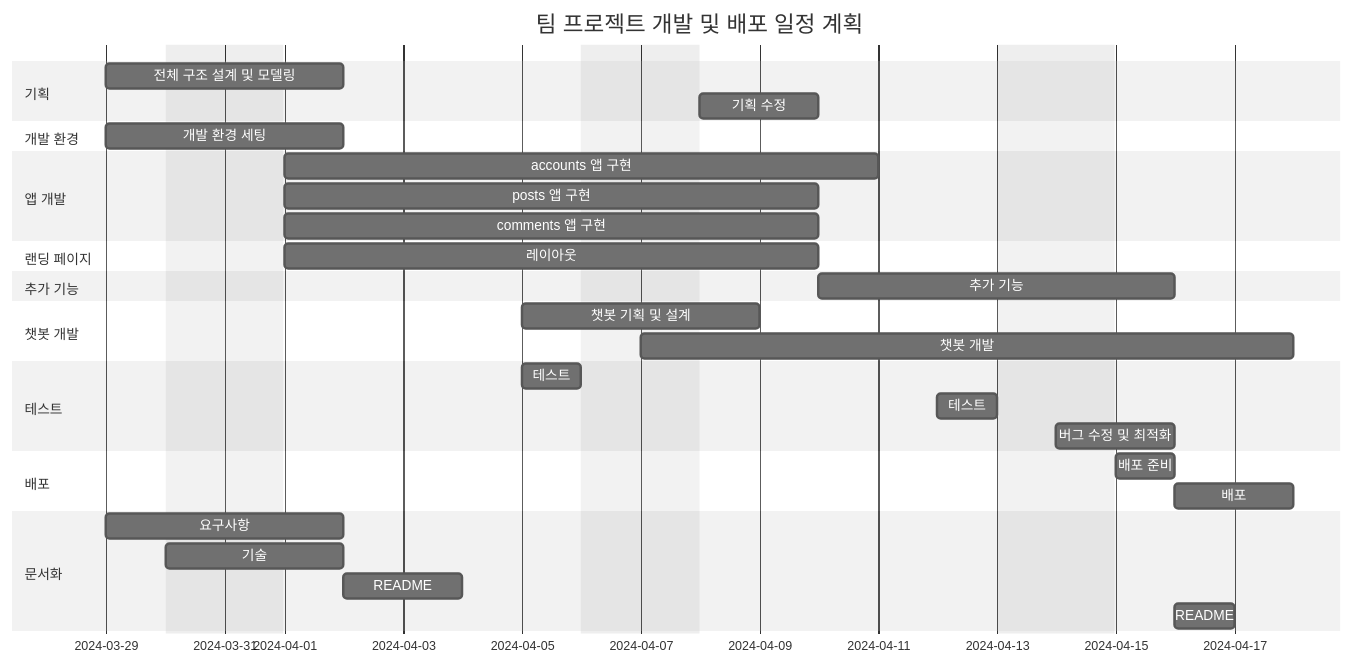
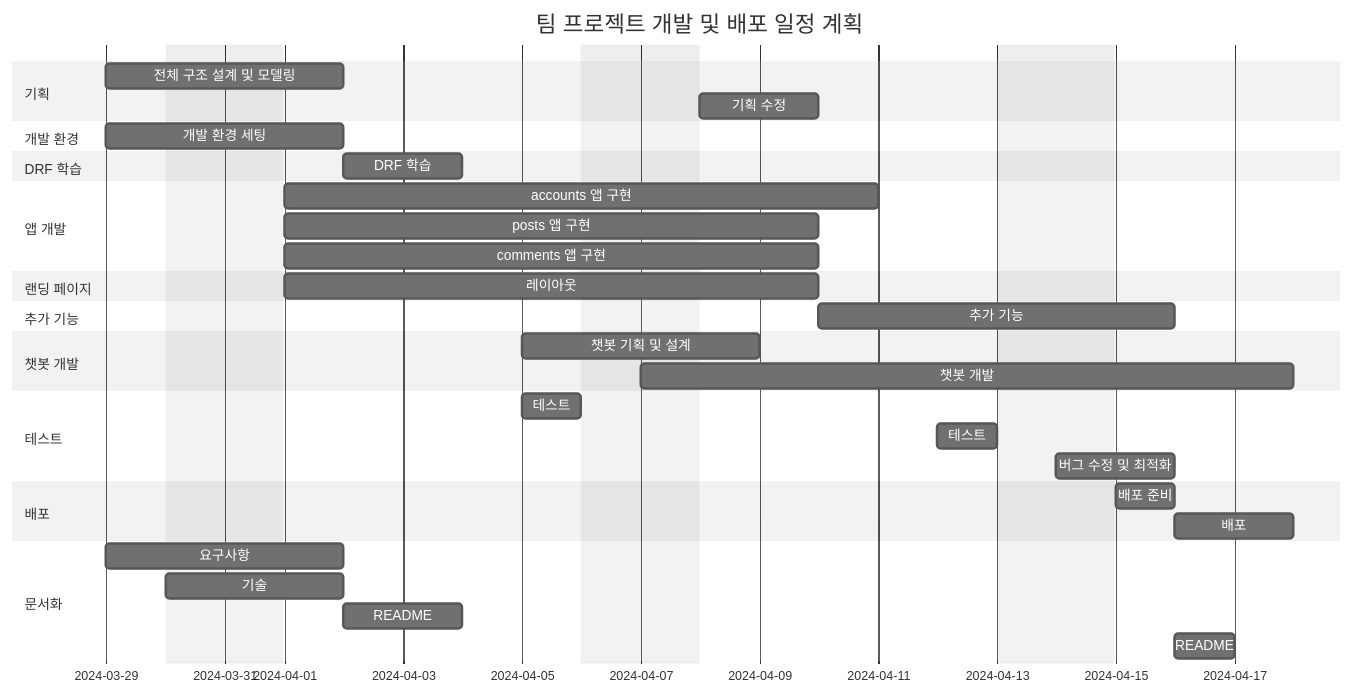
One commit to seungil1/recommand_tour changed the third of 3 diagrams in README.md. Above: the diagram before and after it, drawn with Mermaid (neutral theme).

````diff
--- a/README.md
+++ b/README.md
@@ -84,46 +84,49 @@
 ```mermaid
 gantt
     dateFormat  YYYY-MM-DD
     title 팀 프로젝트 개발 및 배포 일정 계획
     excludes weekends
 
     section 기획
     전체 구조 설계 및 모델링 :des1, 2024-03-29, 2d
     기획 수정 : 2024-04-08, 2d
 
     section 개발 환경
     개발 환경 세팅 :set1, 2024-03-29, 2d
+
+    section DRF 학습
+    DRF 학습::des1, 2024-04-02, 2d
 
     section 앱 개발
     accounts 앱 구현 :acc1, 2024-04-01, 8d
     posts 앱 구현 :pos1, 2024-04-01, 7d
     comments 앱 구현 :com1, 2024-04-01, 7d
 
     section 랜딩 페이지
     레이아웃 :lan1, 2024-04-01, 7d
 
     section 추가 기능
     추가 기능 : 2024-04-10, 4d
 
     section 챗봇 개발
     챗봇 기획 및 설계 :chat1, 2024-04-05, 2d
     챗봇 개발 :chat2, 2024-04-07, 9d
     
 
     section 테스트
     테스트 : 2024-04-05, 1d
     테스트 : 2024-04-12, 1d
     버그 수정 및 최적화 : 2024-04-14, 2d
 
     section 배포
     배포 준비 :deploy1, 2024-04-15, 1d
     배포 :deploy2, after deploy1, 2d
     
     section 문서화
     요구사항 : 2024-03-29, 1.5d
     기술 : 2024-03-30, 2d
     README : 2024-04-02, 2d
     README : doc1, 2024-04-16, 1d
 
 
 ```
````
